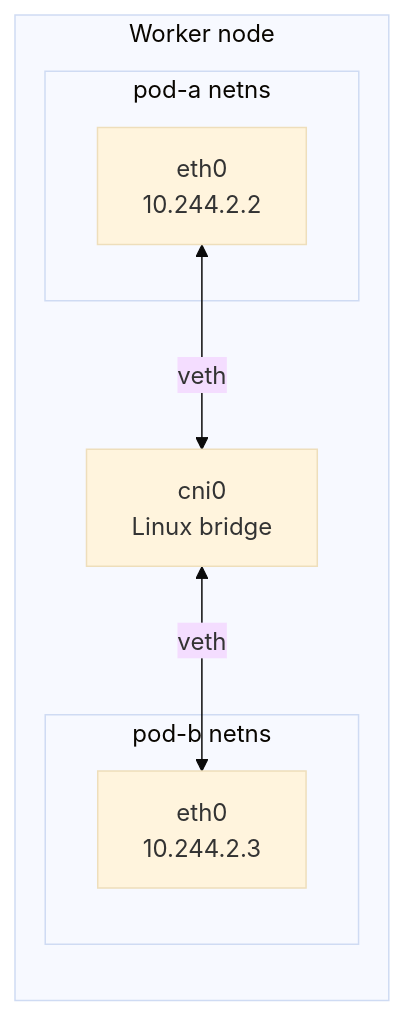
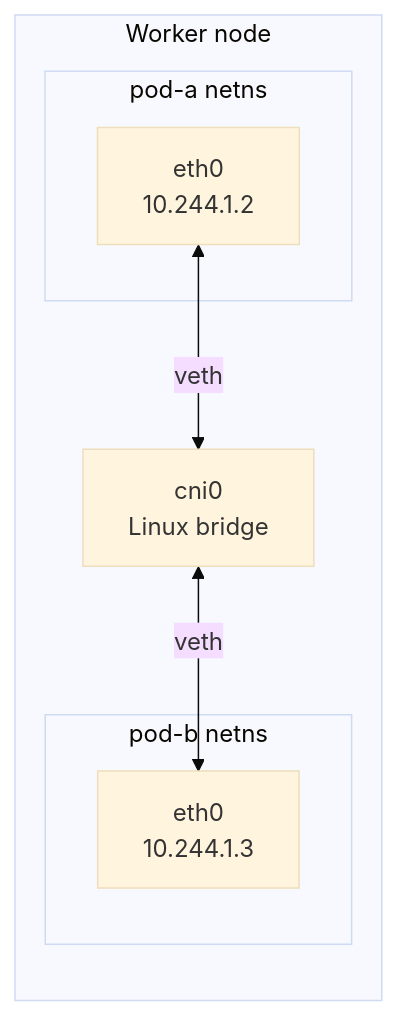
Before and after one commit to SRodi/srodi.github.io: the third of 4 diagrams in _posts/2026-05-10-create-a-cni-plugin-from-scratch.md, drawn with Mermaid (base theme). The commit also changed other lines of this file, not shown here.

````diff
--- a/_posts/2026-05-10-create-a-cni-plugin-from-scratch.md
+++ b/_posts/2026-05-10-create-a-cni-plugin-from-scratch.md
@@ -889,13 +891,13 @@
 ```mermaid
 flowchart LR
     subgraph Worker [Worker node]
         subgraph A [pod-a netns]
-            AE[eth0<br>10.244.2.2]
+            AE[eth0<br>10.244.1.2]
         end
         subgraph B [pod-b netns]
-            BE[eth0<br>10.244.2.3]
+            BE[eth0<br>10.244.1.3]
         end
         AE <-->|veth| BR[cni0<br>Linux bridge]
         BR <-->|veth| BE
     end
 ```
````
